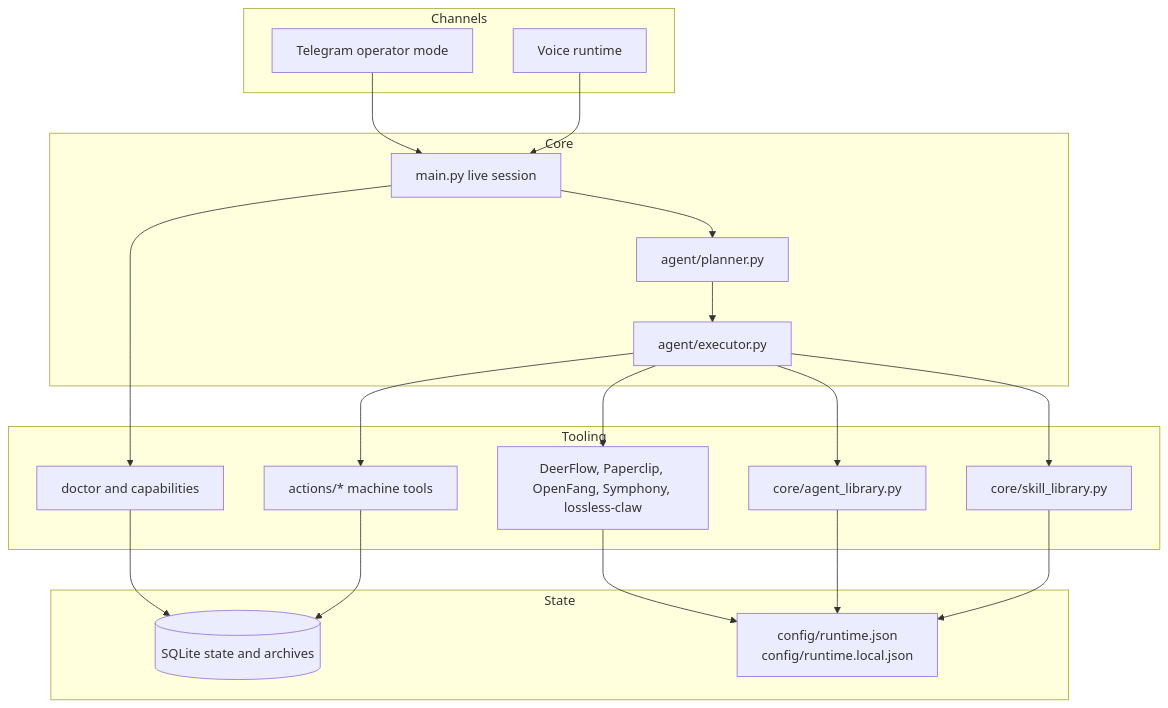
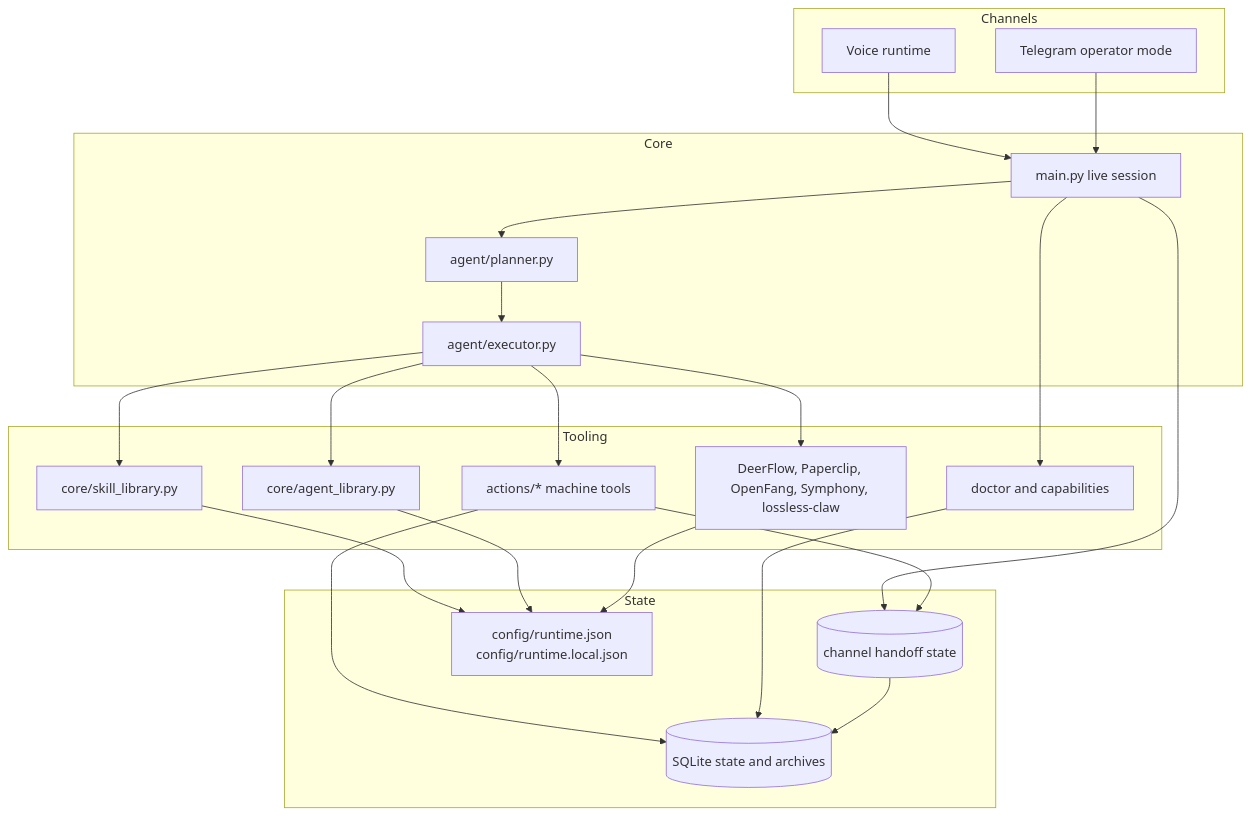
Before and after one commit to moyesrex-ops/Axiom: the second of 4 diagrams in README.md, drawn with Mermaid. The commit also changed other lines of this file and 26 other files, not shown here.

````diff
--- a/README.md
+++ b/README.md
@@ -153,37 +153,41 @@
 ```mermaid
 flowchart TB
     subgraph Channels
         Voice[Voice runtime]
         Telegram[Telegram operator mode]
     end
     subgraph Core
         Main[main.py live session]
         Planner[agent/planner.py]
         Executor[agent/executor.py]
     end
     subgraph Tooling
         Actions[actions/* machine tools]
         Skills[core/skill_library.py]
         Agents[core/agent_library.py]
         Bridges[DeerFlow, Paperclip, OpenFang, Symphony, lossless-claw]
         Doctor[doctor and capabilities]
     end
     subgraph State
         Memory[(SQLite state and archives)]
+        ChannelState[(channel handoff state)]
         Config[config/runtime.json<br/>config/runtime.local.json]
     end
 
     Voice --> Main
     Telegram --> Main
     Main --> Planner --> Executor
+    Main --> ChannelState
     Executor --> Actions
     Executor --> Skills
     Executor --> Agents
     Executor --> Bridges
     Main --> Doctor
     Actions --> Memory
+    Actions --> ChannelState
     Skills --> Config
     Agents --> Config
     Bridges --> Config
     Doctor --> Memory
+    ChannelState --> Memory
 ```
````
